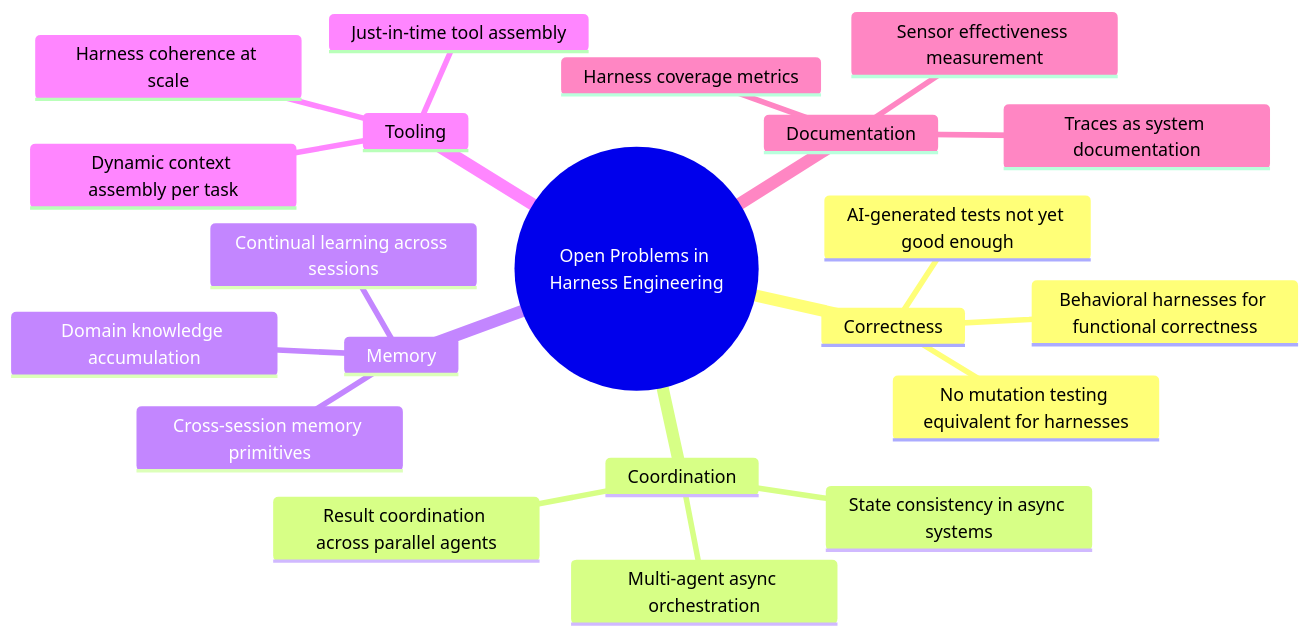
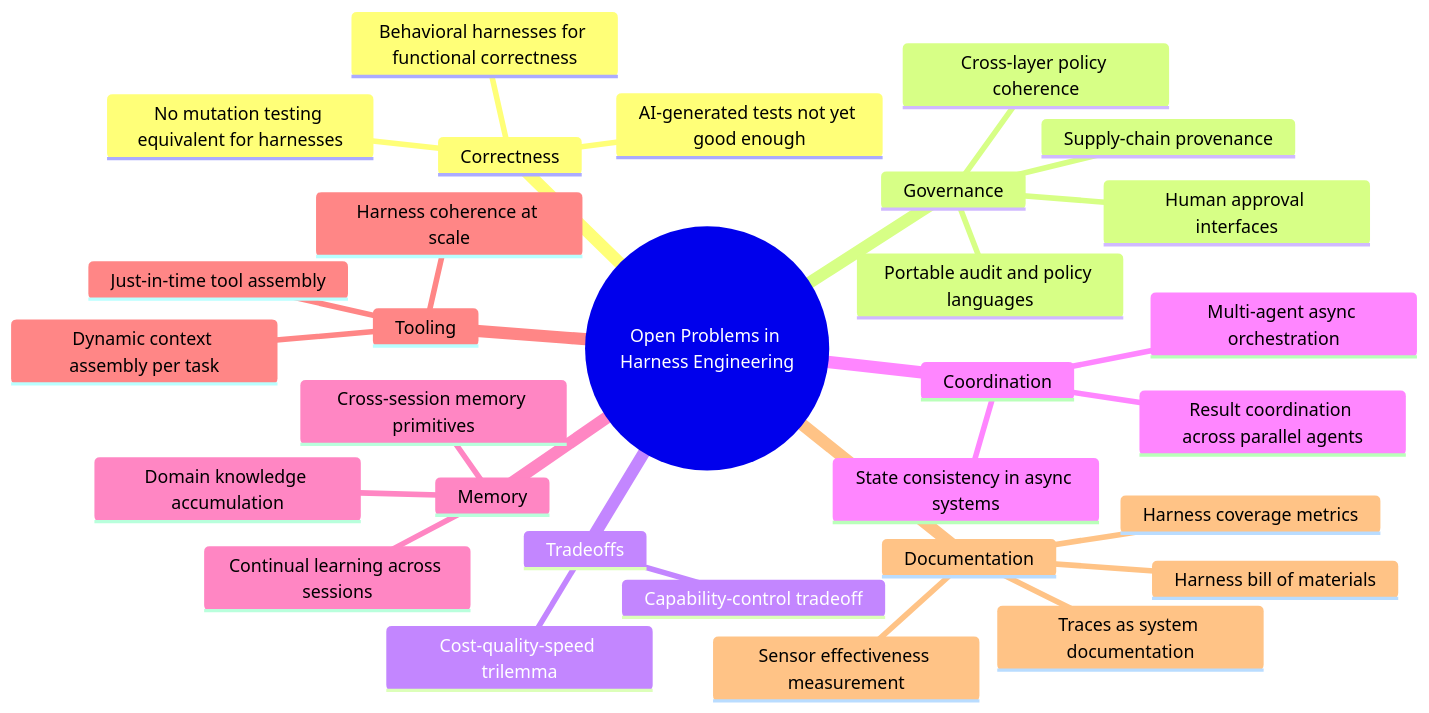
One commit to Jin-Fang/Agentic-AI-Study changed the diagram in agent-harness-zh/12-outlook.md. Above: the diagram before and after it, drawn with Mermaid. The commit also changed other lines of this file and 22 other files, not shown here.

````diff
--- a/agent-harness-zh/12-outlook.md
+++ b/agent-harness-zh/12-outlook.md
@@ -36,24 +41,33 @@
 ```mermaid
 mindmap
   root((Open Problems in Harness Engineering))
     Correctness
       Behavioral harnesses for functional correctness
       AI-generated tests not yet good enough
       No mutation testing equivalent for harnesses
+    Governance
+      Cross-layer policy coherence
+      Portable audit and policy languages
+      Human approval interfaces
+      Supply-chain provenance
+    Tradeoffs
+      Cost-quality-speed trilemma
+      Capability-control tradeoff
     Coordination
       Multi-agent async orchestration
       Result coordination across parallel agents
       State consistency in async systems
     Memory
       Continual learning across sessions
       Domain knowledge accumulation
       Cross-session memory primitives
     Tooling
       Just-in-time tool assembly
       Dynamic context assembly per task
       Harness coherence at scale
     Documentation
       Traces as system documentation
       Harness coverage metrics
+      Harness bill of materials
       Sensor effectiveness measurement
 ```
````
